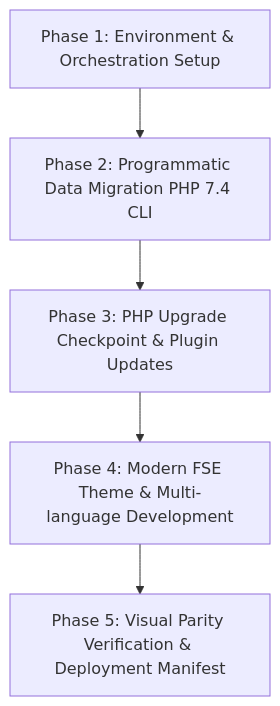
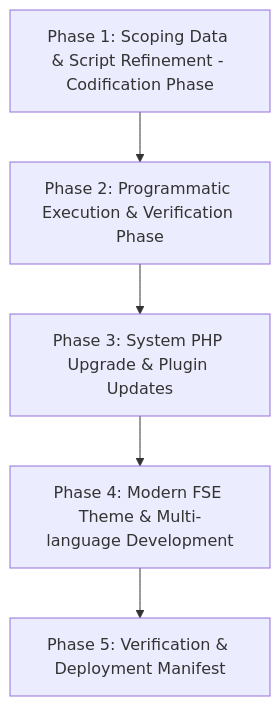
One commit to alexseif/ekalexandria-flagship changed the diagram in ai-work/tasks/EKA-PORTAL-MIGRATION-AGY-plan.md. Above: the diagram before and after it, drawn with Mermaid. The commit also changed other lines of this file and 1 other file, not shown here.

Commit message:
refactor: refine migration roadmap and plan to include comprehensive logging and script-driven verification steps

````diff
--- a/ai-work/tasks/EKA-PORTAL-MIGRATION-AGY-plan.md
+++ b/ai-work/tasks/EKA-PORTAL-MIGRATION-AGY-plan.md
@@ -14,7 +14,7 @@
 ```mermaid
 graph TD
-    P1[Phase 1: Environment & Orchestration Setup] --> P2[Phase 2: Programmatic Data Migration PHP 7.4 CLI]
-    P2 --> P3[Phase 3: PHP Upgrade Checkpoint & Plugin Updates]
+    P1[Phase 1: Scoping Data & Script Refinement - Codification Phase] --> P2[Phase 2: Programmatic Execution & Verification Phase]
+    P2 --> P3[Phase 3: System PHP Upgrade & Plugin Updates]
     P3 --> P4[Phase 4: Modern FSE Theme & Multi-language Development]
-    P4 --> P5[Phase 5: Visual Parity Verification & Deployment Manifest]
+    P4 --> P5[Phase 5: Verification & Deployment Manifest]
 ```
````
